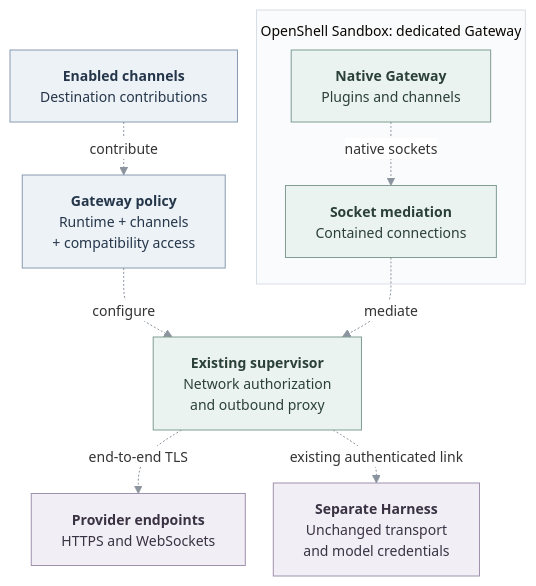
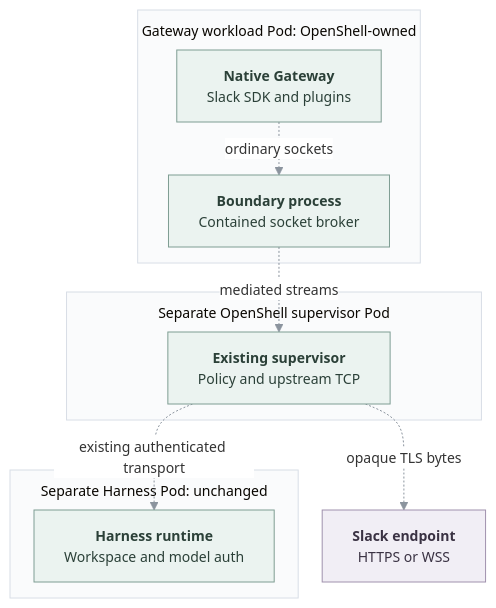
One commit to raw-labs/openclaw-enterprise changed the diagram in specs/rfcs/0024-dedicated-gateway-containment.md. Above: the diagram before and after it, drawn with Mermaid. The commit also changed other lines of this file and 3 other files, not shown here.

Commit message:
docs: explain Gateway outbound request path and execution modes

````diff
--- a/specs/rfcs/0024-dedicated-gateway-containment.md
+++ b/specs/rfcs/0024-dedicated-gateway-containment.md
@@ -74,40 +94,40 @@
 ```mermaid
 ---
 config:
   theme: base
   htmlLabels: true
   themeVariables:
     fontSize: 14px
     lineColor: "#8B949E"
     edgeLabelBackground: "#FFFFFF"
   flowchart:
     nodeSpacing: 28
     rankSpacing: 32
     subGraphTitleMargin:
       top: 10
       bottom: 14
 ---
 flowchart TB
-  Channels["<b>Enabled channels</b><br/>Destination contributions"]
-  Policy["<b>Gateway policy</b><br/>Runtime + channels<br/>+ compatibility access"]
-  subgraph Boundary["OpenShell Sandbox: dedicated Gateway"]
-    Gateway["<b>Native Gateway</b><br/>Plugins and channels"]
-    Broker["<b>Socket mediation</b><br/>Contained connections"]
+  subgraph Workload["Gateway workload Pod: OpenShell-owned"]
+    Gateway["<b>Native Gateway</b><br/>Slack SDK and plugins"]
+    Boundary["<b>Boundary process</b><br/>Contained socket broker"]
   end
-  Enforcement["<b>Existing supervisor</b><br/>Network authorization<br/>and outbound proxy"]
-  External["<b>Provider endpoints</b><br/>HTTPS and WebSockets"]
-  Harness["<b>Separate Harness</b><br/>Unchanged transport<br/>and model credentials"]
-  Channels -.->|contribute| Policy
-  Policy -.->|configure| Enforcement
-  Gateway -.->|native sockets| Broker
-  Broker -.->|mediate| Enforcement
-  Enforcement -.->|end-to-end TLS| External
-  Enforcement -.->|existing authenticated link| Harness
-  classDef policy fill:#EDF2F7,stroke:#879AB0,color:#25364A,stroke-width:1px
+  subgraph SupervisorPod["Separate OpenShell supervisor Pod"]
+    Proxy["<b>Existing supervisor</b><br/>Policy and upstream TCP"]
+  end
+  Slack["<b>Slack endpoint</b><br/>HTTPS or WSS"]
+  subgraph HarnessPod["Separate Harness Pod: unchanged"]
+    Harness["<b>Harness runtime</b><br/>Workspace and model auth"]
+  end
+  Gateway -.->|ordinary sockets| Boundary
+  Boundary -.->|mediated streams| Proxy
+  Proxy -.->|opaque TLS bytes| Slack
+  Proxy -.->|existing authenticated transport| Harness
   classDef runtime fill:#EBF3F0,stroke:#7F9D93,color:#2B4038,stroke-width:1px
   classDef external fill:#F1EEF5,stroke:#A091AD,color:#3A3243,stroke-width:1px
-  class Channels,Policy policy
-  class Gateway,Broker,Enforcement runtime
-  class External,Harness external
-  style Boundary fill:#FAFBFC,stroke:#D8DEE6,stroke-width:1px
+  class Gateway,Boundary,Proxy,Harness runtime
+  class Slack external
+  style Workload fill:#FAFBFC,stroke:#D8DEE6,stroke-width:1px
+  style SupervisorPod fill:#FAFBFC,stroke:#D8DEE6,stroke-width:1px
+  style HarnessPod fill:#FAFBFC,stroke:#D8DEE6,stroke-width:1px
 ```
````
